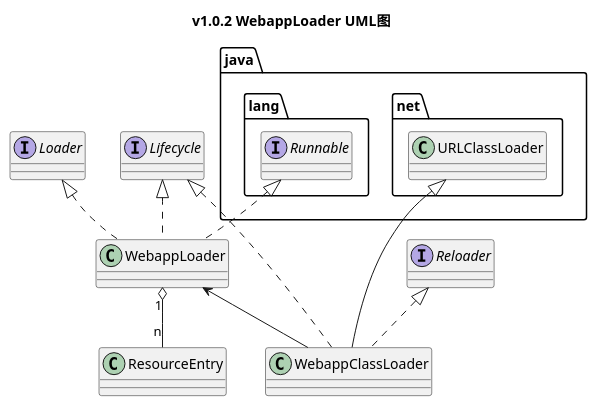
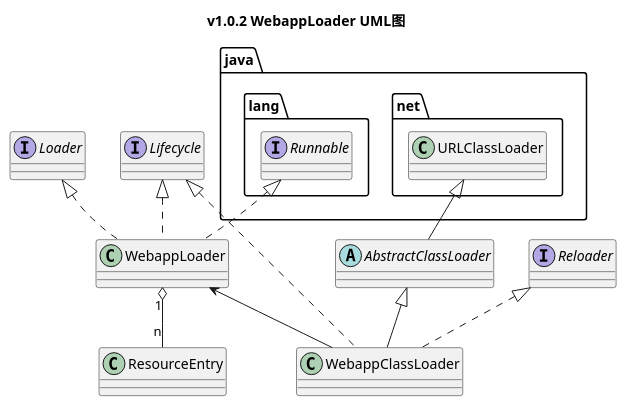
The diagram in uml/v1.0.2/loader.puml (Executioner2/http-server), drawn with PlantUML before and after one commit. The commit also changed 17 other files, not shown here.

```diff
--- a/uml/v1.0.2/loader.puml
+++ b/uml/v1.0.2/loader.puml
@@ -1,22 +1,24 @@
 @startuml
 title v1.0.2 WebappLoader UML图
 
 interface Loader
 interface Reloader
 interface Lifecycle
 interface java.lang.Runnable
 class ResourceEntry
 class WebappClassLoader
 class WebappLoader
 class java.net.URLClassLoader
+abstract class AbstractClassLoader
 
 Lifecycle <|.. WebappClassLoader
 Lifecycle <|.. WebappLoader
 java.lang.Runnable <|.. WebappLoader
 Loader <|.. WebappLoader
 Reloader <|.. WebappClassLoader
-java.net.URLClassLoader <|-- WebappClassLoader
+java.net.URLClassLoader <|-- AbstractClassLoader
 WebappLoader <-- WebappClassLoader
 WebappLoader "1" o-- "n" ResourceEntry
+AbstractClassLoader <|-- WebappClassLoader
 
 @enduml
```
